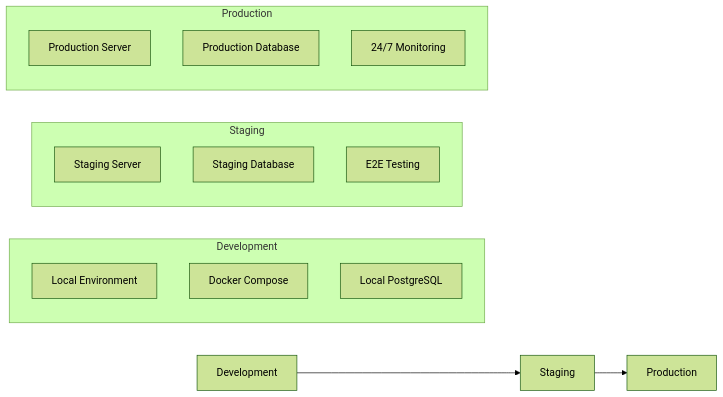
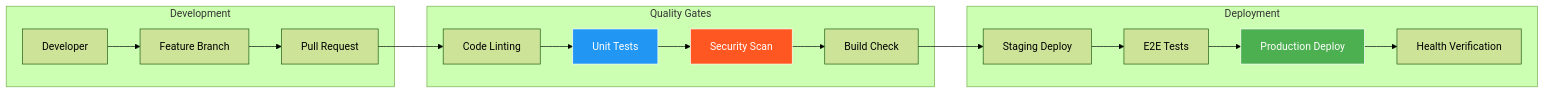
The sixth of 9 diagrams in README.md (openlearnnitj/openlearn-backend), drawn with Mermaid (forest theme) before and after one commit. The commit also changed other lines of this file and 63 other files, not shown here.

````diff
--- a/README.md
+++ b/README.md
@@ -499,23 +582,37 @@
 ```mermaid
 graph LR
-    DEV[Development] --> STAGING[Staging]
-    STAGING --> PROD[Production]
-    
     subgraph "Development"
-        LOCAL_ENV[Local Environment]
-        DOCKER_COMPOSE[Docker Compose]
-        DEV_DB[Local PostgreSQL]
+        DEV[Developer]
+        BRANCH[Feature Branch]
+        PR[Pull Request]
+    end
+
+    subgraph "Quality Gates"
+        LINT[Code Linting]
+        TEST[Unit Tests]
+        SECURITY[Security Scan]
+        BUILD[Build Check]
     end
     
-    subgraph "Staging"
-        STAGING_SERVER[Staging Server]
-        STAGING_DB[Staging Database]
-        E2E_TESTS[E2E Testing]
+    subgraph "Deployment"
+        STAGING[Staging Deploy]
+        E2E[E2E Tests]
+        PROD[Production Deploy]
+        HEALTH_CHECK[Health Verification]
     end
     
-    subgraph "Production"
-        PROD_SERVER[Production Server]
-        PROD_DB[Production Database]
-        MONITORING[24/7 Monitoring]
-    end
+    DEV --> BRANCH
+    BRANCH --> PR
+    PR --> LINT
+    LINT --> TEST
+    TEST --> SECURITY
+    SECURITY --> BUILD
+    BUILD --> STAGING
+    STAGING --> E2E
+    E2E --> PROD
+    PROD --> HEALTH_CHECK
+    
+    style PROD fill:#4CAF50,stroke:#fff,color:#fff
+    style SECURITY fill:#FF5722,stroke:#fff,color:#fff
+    style TEST fill:#2196F3,stroke:#fff,color:#fff
 ```
````
